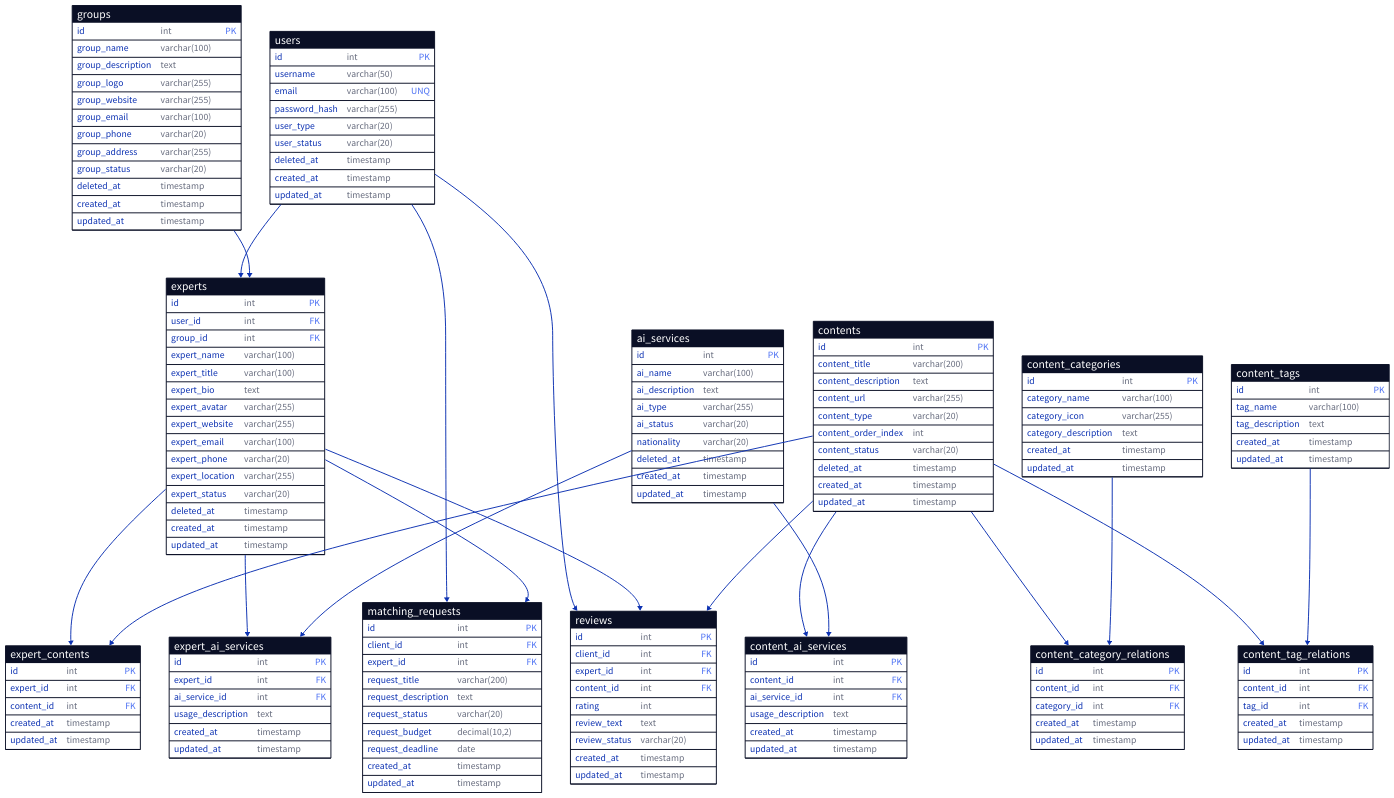
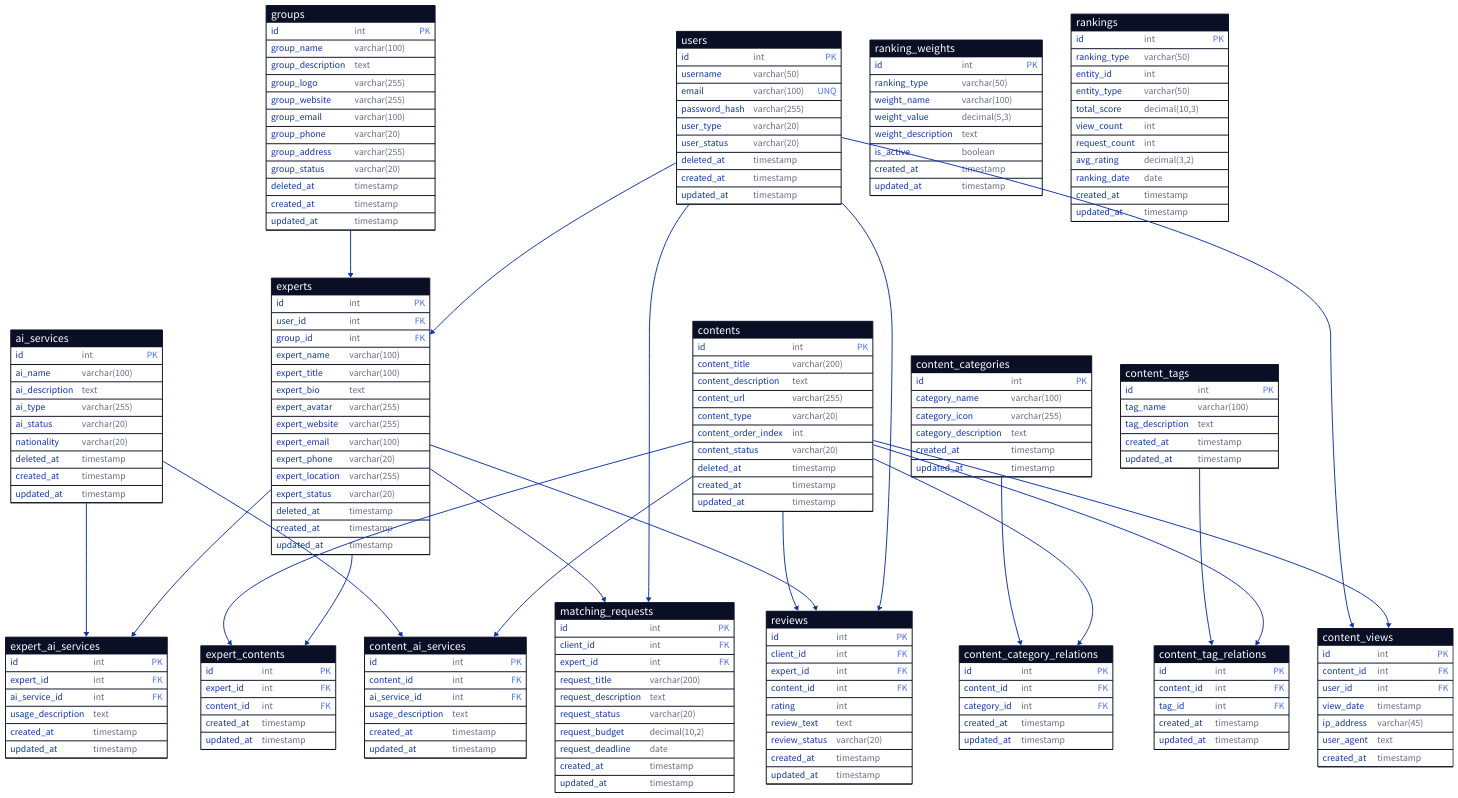
One commit to Jinwoo-ai/stepai-api changed the diagram in db/stepai_api.d2. Above: the diagram before and after it, drawn with D2. The commit also changed 8 other files, not shown here.

```diff
--- a/db/stepai_api.d2
+++ b/db/stepai_api.d2
@@ -182,6 +182,47 @@
   updated_at: timestamp
 }
 
+# Content Views 테이블 (콘텐츠 조회 기록)
+content_views: {
+  shape: sql_table
+  id: int {constraint: primary_key}
+  content_id: int {constraint: foreign_key}
+  user_id: int {constraint: foreign_key}
+  view_date: timestamp
+  ip_address: varchar(45)
+  user_agent: text
+  created_at: timestamp
+}
+
+# Ranking Weights 테이블 (랭킹 가중치 설정)
+ranking_weights: {
+  shape: sql_table
+  id: int {constraint: primary_key}
+  ranking_type: varchar(50) # ai_service, content, expert, category
+  weight_name: varchar(100)
+  weight_value: decimal(5,3)
+  weight_description: text
+  is_active: boolean
+  created_at: timestamp
+  updated_at: timestamp
+}
+
+# Rankings 테이블 (랭킹 결과 저장)
+rankings: {
+  shape: sql_table
+  id: int {constraint: primary_key}
+  ranking_type: varchar(50) # ai_service, content, expert, category
+  entity_id: int
+  entity_type: varchar(50) # ai_service_id, content_id, expert_id, category_id
+  total_score: decimal(10,3)
+  view_count: int
+  request_count: int
+  avg_rating: decimal(3,2)
+  ranking_date: date
+  created_at: timestamp
+  updated_at: timestamp
+}
+
 # 관계 정의
 users -> experts
 groups -> experts
@@ -200,3 +241,5 @@
 users -> reviews
 experts -> reviews
 contents -> reviews
+contents -> content_views
+users -> content_views
```
